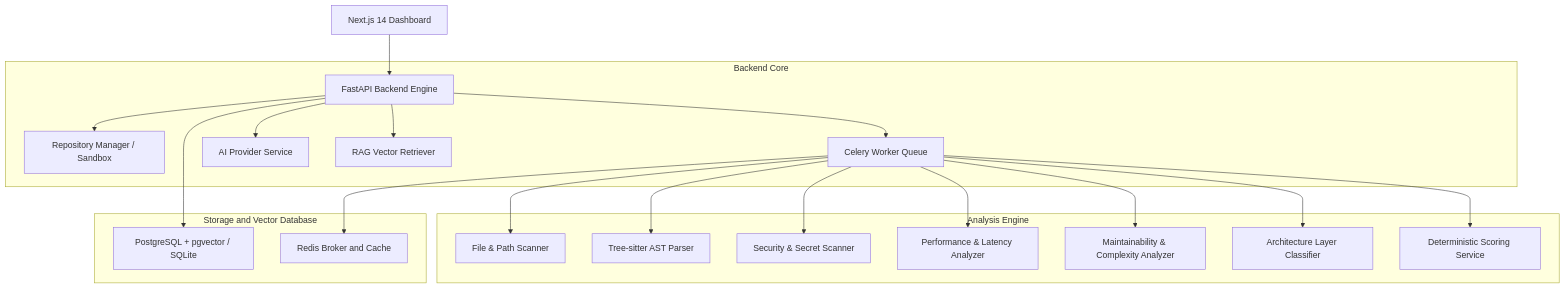
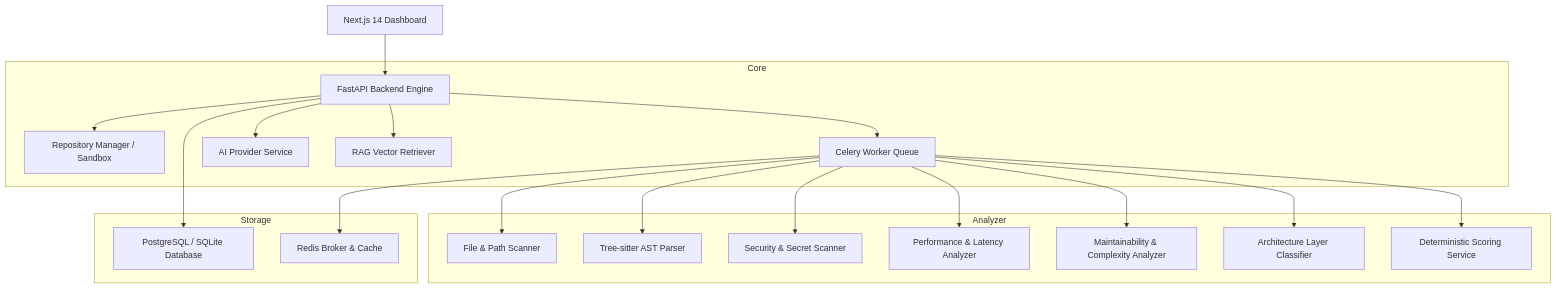
The third of 4 diagrams in README.md (Berkan0535/-CodeXray), drawn with Mermaid before and after one commit. The commit also changed other lines of this file, not shown here.

Commit message:
fix(docs): simplify Mermaid diagrams to universal graph TD syntax for seamless GitHub rendering

````diff
--- a/README.md
+++ b/README.md
@@ -181,26 +178,26 @@
 ```mermaid
-flowchart TD
+graph TD
     Client["Next.js 14 Dashboard"] --> API["FastAPI Backend Engine"]
     
-    subgraph BackendCore["Backend Core"]
-        API --> RepoMgr["Repository Manager / Sandbox"]
-        API --> TaskQueue["Celery Worker Queue"]
+    subgraph Core
+        API --> Sandbox["Repository Manager / Sandbox"]
+        API --> Worker["Celery Worker Queue"]
         API --> AIService["AI Provider Service"]
         API --> RAG["RAG Vector Retriever"]
     end
 
-    subgraph AnalysisEngine["Analysis Engine"]
-        TaskQueue --> Scanner["File & Path Scanner"]
-        TaskQueue --> AST["Tree-sitter AST Parser"]
-        TaskQueue --> Security["Security & Secret Scanner"]
-        TaskQueue --> Perf["Performance & Latency Analyzer"]
-        TaskQueue --> Quality["Maintainability & Complexity Analyzer"]
-        TaskQueue --> Arch["Architecture Layer Classifier"]
-        TaskQueue --> Scoring["Deterministic Scoring Service"]
+    subgraph Analyzer
+        Worker --> Scanner["File & Path Scanner"]
+        Worker --> AST["Tree-sitter AST Parser"]
+        Worker --> Security["Security & Secret Scanner"]
+        Worker --> Perf["Performance & Latency Analyzer"]
+        Worker --> Quality["Maintainability & Complexity Analyzer"]
+        Worker --> Arch["Architecture Layer Classifier"]
+        Worker --> Scoring["Deterministic Scoring Service"]
     end
 
-    subgraph StorageDB["Storage and Vector Database"]
-        API --> DB["PostgreSQL + pgvector / SQLite"]
-        TaskQueue --> Redis["Redis Broker and Cache"]
+    subgraph Storage
+        API --> DB["PostgreSQL / SQLite Database"]
+        Worker --> Redis["Redis Broker & Cache"]
     end
 ```
````
